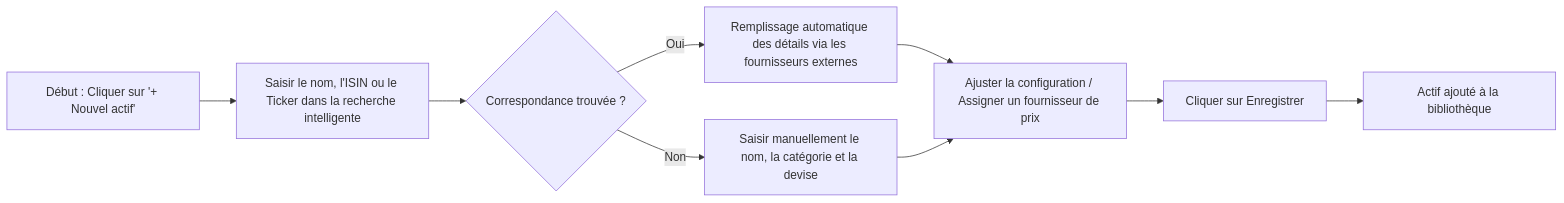
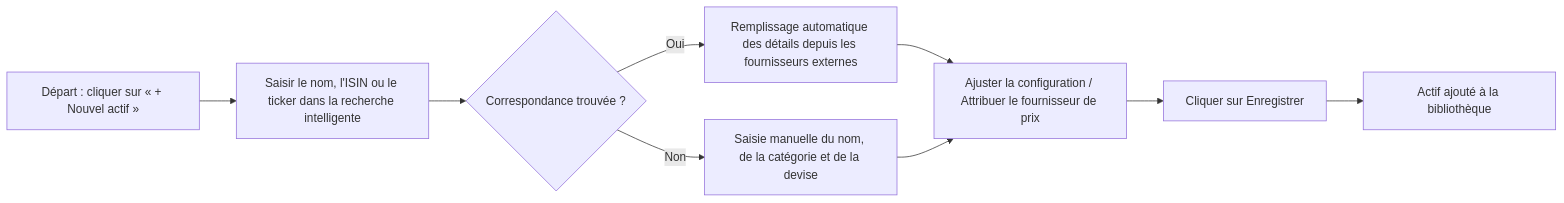
The first of 2 diagrams in mkdocs_src/docs/user/assets/create-edit.fr.md (Librefolio/LibreFolio), drawn with Mermaid before and after one commit. The commit also changed other lines of this file and 73 other files, not shown here.

````diff
--- a/mkdocs_src/docs/user/assets/create-edit.fr.md
+++ b/mkdocs_src/docs/user/assets/create-edit.fr.md
@@ -14,11 +14,11 @@
-    ```mermaid
-    flowchart LR
-        A[Début : Cliquer sur '+ Nouvel actif'] --> B[Saisir le nom, l'ISIN ou le Ticker dans la recherche intelligente]
-        B --> C{Correspondance trouvée ?}
-        C -->|Oui| D[Remplissage automatique des détails via les fournisseurs externes]
-        C -->|Non| E[Saisir manuellement le nom, la catégorie et la devise]
-        D --> F[Ajuster la configuration / Assigner un fournisseur de prix]
-        E --> F
-        F --> G[Cliquer sur Enregistrer]
-        G --> H[Actif ajouté à la bibliothèque]
-    ```
+ ```mermaid
+ flowchart LR
+ A[Départ : cliquer sur « + Nouvel actif »] --> B[Saisir le nom, l'ISIN ou le ticker dans la recherche intelligente]
+ B --> C{Correspondance trouvée ?}
+ C -->|Oui| D[Remplissage automatique des détails depuis les fournisseurs externes]
+ C -->|Non| E[Saisie manuelle du nom, de la catégorie et de la devise]
+ D --> F[Ajuster la configuration / Attribuer le fournisseur de prix]
+ E --> F
+ F --> G[Cliquer sur Enregistrer]
+ G --> H[Actif ajouté à la bibliothèque]
+ ```
````
